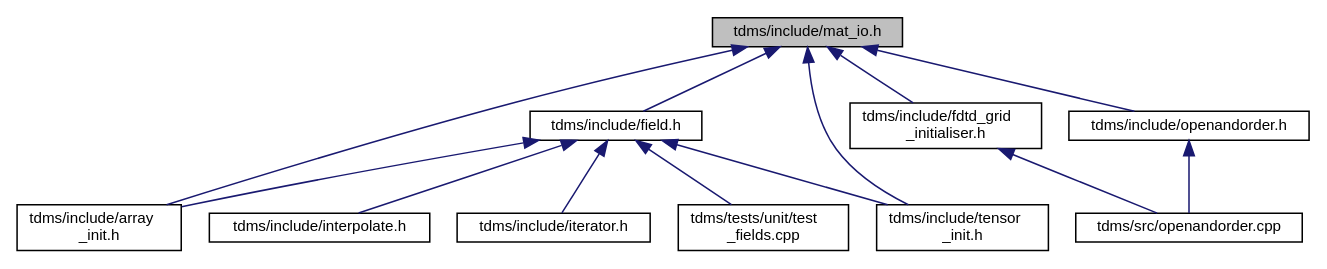
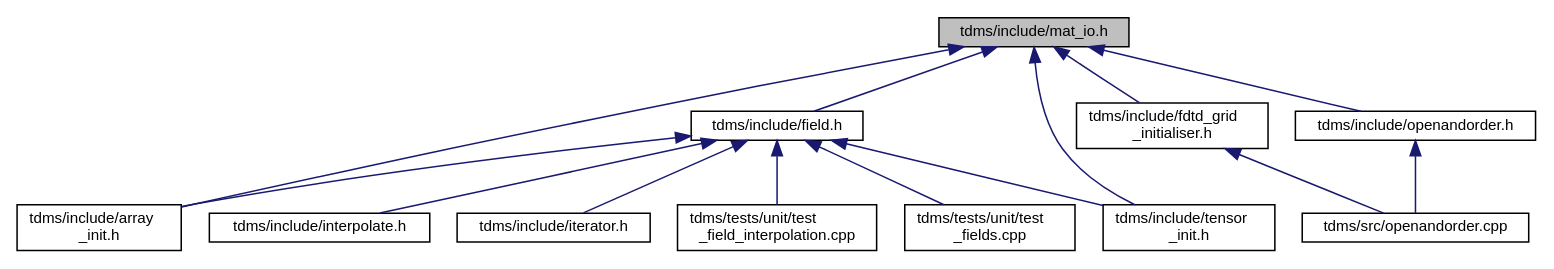
Before and after one commit to UCL/TDMS: the diagram in mat__io_8h__dep__incl.dot, drawn with Graphviz. The commit also changed 173 other files, not shown here.

```diff
--- a/mat__io_8h__dep__incl.dot
+++ b/mat__io_8h__dep__incl.dot
@@ -1,28 +1,30 @@
 digraph "tdms/include/mat_io.h"
 {
  // LATEX_PDF_SIZE
   edge [fontname="Helvetica",fontsize="10",labelfontname="Helvetica",labelfontsize="10"];
   node [fontname="Helvetica",fontsize="10",shape=record];
   Node1 [label="tdms/include/mat_io.h",height=0.2,width=0.4,color="black", fillcolor="grey75", style="filled", fontcolor="black",tooltip="Includes MATLAB headers for I/O."];
   Node1 -> Node2 [dir="back",color="midnightblue",fontsize="10",style="solid",fontname="Helvetica"];
   Node2 [label="tdms/include/field.h",height=0.2,width=0.4,color="black", fillcolor="white", style="filled",URL="$field_8h.html",tooltip="Classes for the electric and magnetic (split) fields on a grid."];
   Node2 -> Node3 [dir="back",color="midnightblue",fontsize="10",style="solid",fontname="Helvetica"];
   Node3 [label="tdms/include/array\l_init.h",height=0.2,width=0.4,color="black", fillcolor="white", style="filled",URL="$array__init_8h.html",tooltip="A collection of functions for array initialisation given MATLAB pointers."];
   Node2 -> Node4 [dir="back",color="midnightblue",fontsize="10",style="solid",fontname="Helvetica"];
   Node4 [label="tdms/include/interpolate.h",height=0.2,width=0.4,color="black", fillcolor="white", style="filled",URL="$interpolate_8h.html",tooltip="Interpolation of field values within FDTD grid."];
   Node2 -> Node5 [dir="back",color="midnightblue",fontsize="10",style="solid",fontname="Helvetica"];
   Node5 [label="tdms/include/iterator.h",height=0.2,width=0.4,color="black", fillcolor="white", style="filled",URL="$iterator_8h.html",tooltip="The main time propogation algorithm."];
   Node2 -> Node6 [dir="back",color="midnightblue",fontsize="10",style="solid",fontname="Helvetica"];
   Node6 [label="tdms/include/tensor\l_init.h",height=0.2,width=0.4,color="black", fillcolor="white", style="filled",URL="$tensor__init_8h_source.html",tooltip=" "];
   Node2 -> Node7 [dir="back",color="midnightblue",fontsize="10",style="solid",fontname="Helvetica"];
-  Node7 [label="tdms/tests/unit/test\l_fields.cpp",height=0.2,width=0.4,color="black", fillcolor="white", style="filled",URL="$test__fields_8cpp.html",tooltip="Test of the Field class and subclasses."];
+  Node7 [label="tdms/tests/unit/test\l_field_interpolation.cpp",height=0.2,width=0.4,color="black", fillcolor="white", style="filled",URL="$test__field__interpolation_8cpp.html",tooltip="Tests interpolation of E- and H-fields and compares the errors against MATLAB benchmarks."];
+  Node2 -> Node8 [dir="back",color="midnightblue",fontsize="10",style="solid",fontname="Helvetica"];
+  Node8 [label="tdms/tests/unit/test\l_fields.cpp",height=0.2,width=0.4,color="black", fillcolor="white", style="filled",URL="$test__fields_8cpp.html",tooltip="Test of the Field class and subclasses."];
   Node1 -> Node3 [dir="back",color="midnightblue",fontsize="10",style="solid",fontname="Helvetica"];
-  Node1 -> Node8 [dir="back",color="midnightblue",fontsize="10",style="solid",fontname="Helvetica"];
-  Node8 [label="tdms/include/fdtd_grid\l_initialiser.h",height=0.2,width=0.4,color="black", fillcolor="white", style="filled",URL="$fdtd__grid__initialiser_8h.html",tooltip="Initialisation of the FDTD grid."];
-  Node8 -> Node9 [dir="back",color="midnightblue",fontsize="10",style="solid",fontname="Helvetica"];
-  Node9 [label="tdms/src/openandorder.cpp",height=0.2,width=0.4,color="black", fillcolor="white", style="filled",URL="$openandorder_8cpp.html",tooltip="Launch and file IO."];
-  Node1 -> Node10 [dir="back",color="midnightblue",fontsize="10",style="solid",fontname="Helvetica"];
-  Node10 [label="tdms/include/openandorder.h",height=0.2,width=0.4,color="black", fillcolor="white", style="filled",URL="$openandorder_8h.html",tooltip="Launch TDMS and file IO."];
-  Node10 -> Node9 [dir="back",color="midnightblue",fontsize="10",style="solid",fontname="Helvetica"];
+  Node1 -> Node9 [dir="back",color="midnightblue",fontsize="10",style="solid",fontname="Helvetica"];
+  Node9 [label="tdms/include/fdtd_grid\l_initialiser.h",height=0.2,width=0.4,color="black", fillcolor="white", style="filled",URL="$fdtd__grid__initialiser_8h.html",tooltip="Initialisation of the FDTD grid."];
+  Node9 -> Node10 [dir="back",color="midnightblue",fontsize="10",style="solid",fontname="Helvetica"];
+  Node10 [label="tdms/src/openandorder.cpp",height=0.2,width=0.4,color="black", fillcolor="white", style="filled",URL="$openandorder_8cpp.html",tooltip="Launch and file IO."];
+  Node1 -> Node11 [dir="back",color="midnightblue",fontsize="10",style="solid",fontname="Helvetica"];
+  Node11 [label="tdms/include/openandorder.h",height=0.2,width=0.4,color="black", fillcolor="white", style="filled",URL="$openandorder_8h.html",tooltip="Launch TDMS and file IO."];
+  Node11 -> Node10 [dir="back",color="midnightblue",fontsize="10",style="solid",fontname="Helvetica"];
   Node1 -> Node6 [dir="back",color="midnightblue",fontsize="10",style="solid",fontname="Helvetica"];
 }
```
